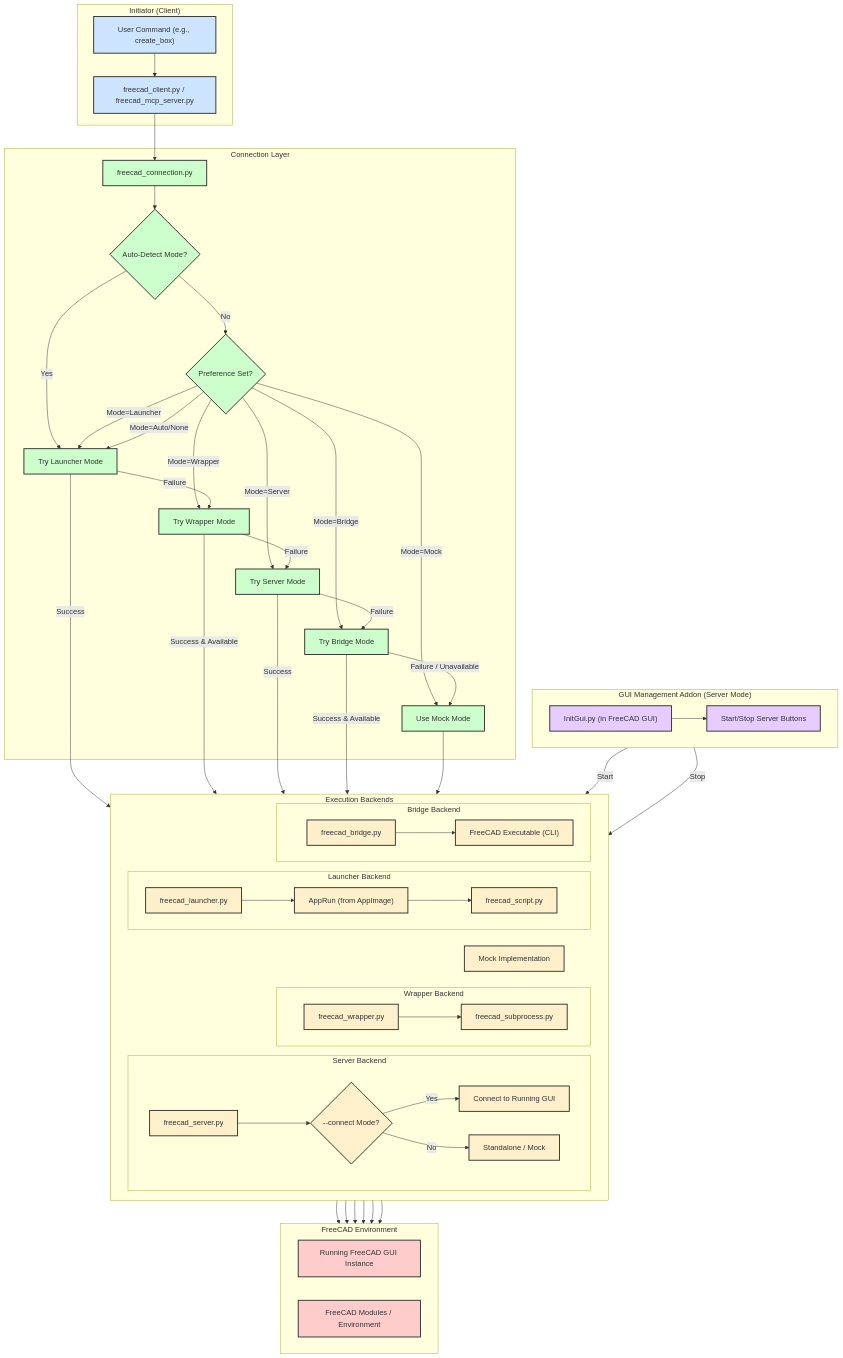
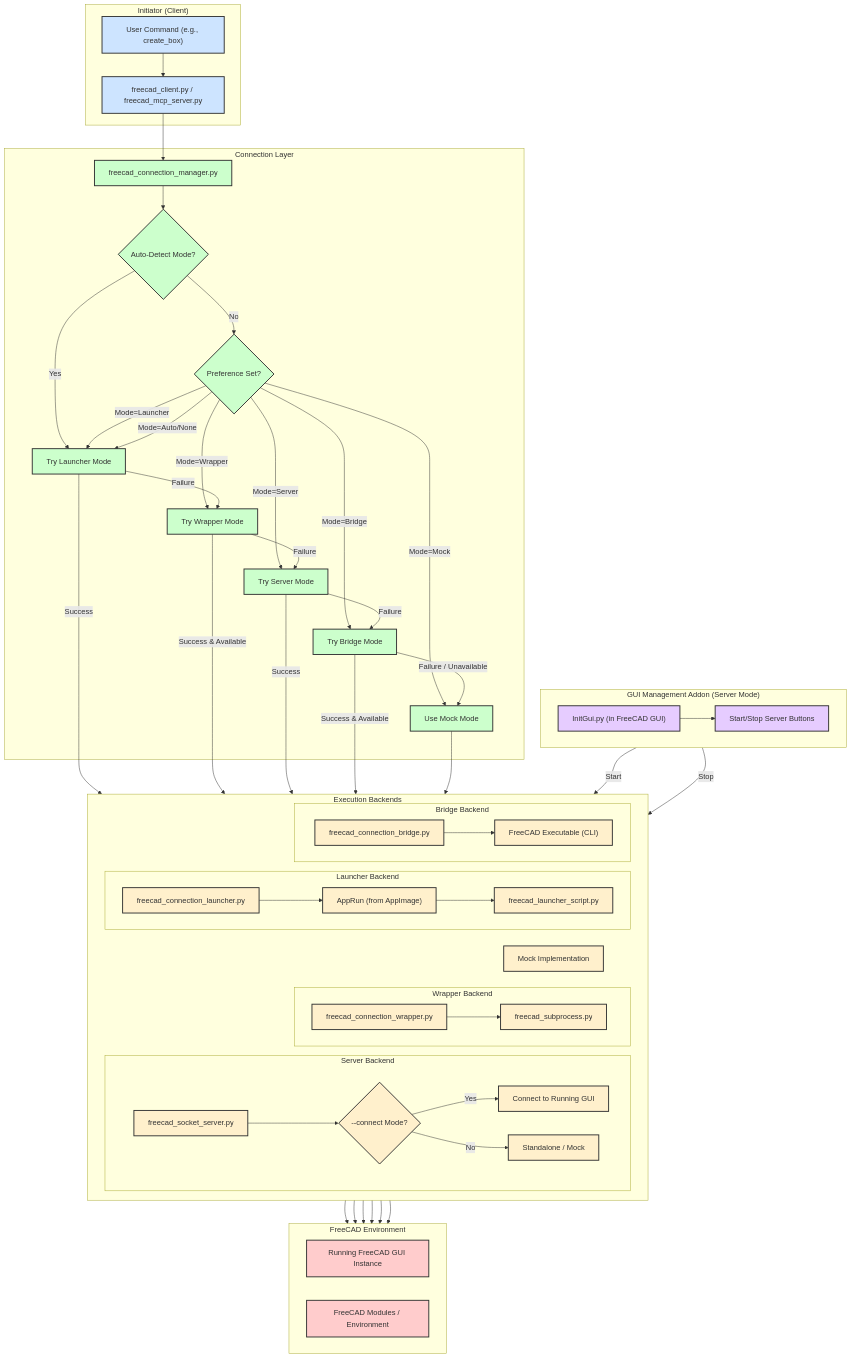
One commit to jango-blockchained/mcp-freecad changed the diagram in docs/FLOWCHART.md. Above: the diagram before and after it, drawn with Mermaid. The commit also changed other lines of this file and 44 other files, not shown here.

First line of the commit message:
Refactor FreeCAD connection handling and update script references

```diff
--- a/docs/FLOWCHART.md
+++ b/docs/FLOWCHART.md
@@ -57,7 +57,7 @@
     end
 
     subgraph "Connection Layer"
-        FCConn["freecad_connection.py"]
+        FCConn["freecad_connection_manager.py"]
         FCConn_Auto{"Auto-Detect Mode?"}
         FCConn_Pref{"Preference Set?"}
         FCConn_Launcher["Try Launcher Mode"]
@@ -70,22 +70,22 @@
     subgraph "Execution Backends"
         direction LR
         subgraph "Launcher Backend"
-            FCLauncher["freecad_launcher.py"]
+            FCLauncher["freecad_connection_launcher.py"]
             AppRun["AppRun (from AppImage)"]
-            FCScript["freecad_script.py"]
+            FCScript["freecad_launcher_script.py"]
         end
         subgraph "Wrapper Backend"
-            FCWrapper["freecad_wrapper.py"]
+            FCWrapper["freecad_connection_wrapper.py"]
             FCSubprocess["freecad_subprocess.py"]
         end
         subgraph "Server Backend"
-            FCServer["freecad_server.py"]
+            FCServer["freecad_socket_server.py"]
             FCServer_Mode{"--connect Mode?"}
             FCServer_Standalone["Standalone / Mock"]
             FCServer_Connect["Connect to Running GUI"]
         end
         subgraph "Bridge Backend"
-             FCBridge["freecad_bridge.py"]
+             FCBridge["freecad_connection_bridge.py"]
              FCExt["FreeCAD Executable (CLI)"]
         end
         Mock["Mock Implementation"]
```
